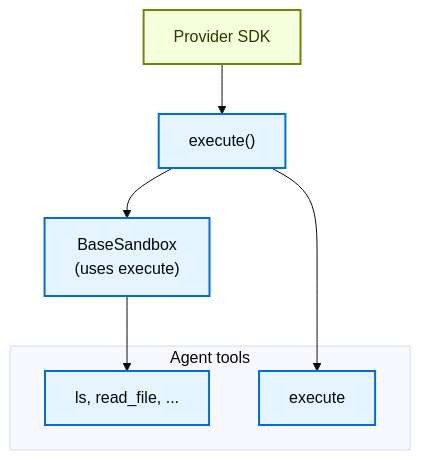
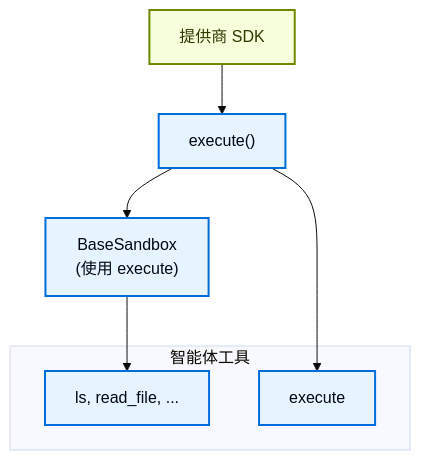
The second of 3 diagrams in oss/javascript/deepagents/sandboxes.mdx (CodeFly16/langchain-cn-doc), drawn with Mermaid (base theme) before and after one commit. The commit also changed other lines of this file and 106 other files, not shown here.

````diff
--- a/oss/javascript/deepagents/sandboxes.mdx
+++ b/oss/javascript/deepagents/sandboxes.mdx
@@ -267,19 +261,19 @@
 ```mermaid
 graph TB
-    subgraph "Agent tools"
+    subgraph "智能体工具"
         Tools["ls, read_file, ..."]
         execute
     end
 
-    BaseSandbox["BaseSandbox<br/>(uses execute)"] --> Tools
+    BaseSandbox["BaseSandbox<br/>(使用 execute)"] --> Tools
     execute_method["execute()"] --> BaseSandbox
     execute_method --> execute
-    Provider["Provider SDK"] --> execute_method
+    Provider["提供商 SDK"] --> execute_method
 
     classDef process fill:#E5F4FF,stroke:#006DDD,stroke-width:2px,color:#030710
     classDef trigger fill:#F6FFDB,stroke:#6E8900,stroke-width:2px,color:#2E3900
 
     class Tools,execute process
     class BaseSandbox,execute_method process
     class Provider trigger
 ```
````
